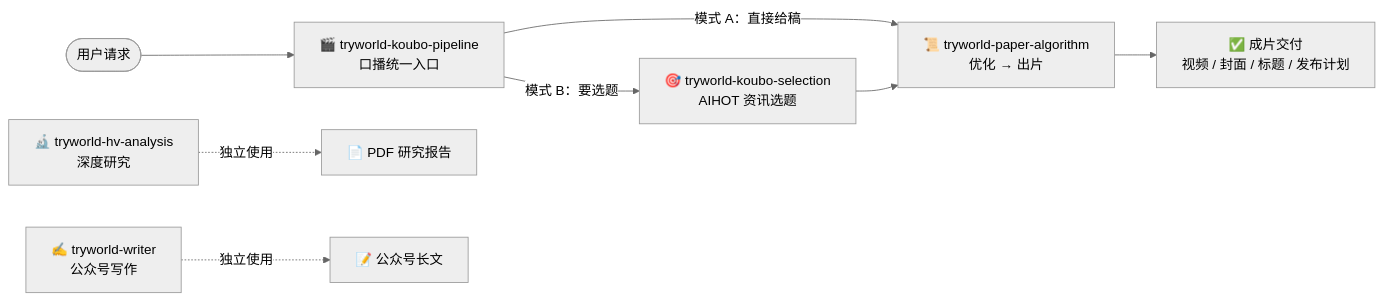
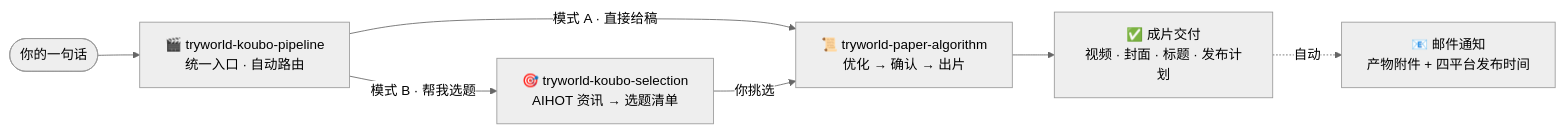
One commit to TryWorld2026/paper-algorithm changed the diagram in README.zh-CN.md. Above: the diagram before and after it, drawn with Mermaid (neutral theme). The commit also changed other lines of this file and 2 other files, not shown here.

````diff
--- a/README.zh-CN.md
+++ b/README.zh-CN.md
@@ -42,10 +37,9 @@
 ```mermaid
 flowchart LR
-    U(["用户请求"]) --> P["🎬 tryworld-koubo-pipeline<br/>口播统一入口"]
-    P -- "模式 A：直接给稿" --> A["📜 tryworld-paper-algorithm<br/>优化 → 出片"]
-    P -- "模式 B：要选题" --> S["🎯 tryworld-koubo-selection<br/>AIHOT 资讯选题"]
-    S --> A
-    A --> O["✅ 成片交付<br/>视频 / 封面 / 标题 / 发布计划"]
-    H["🔬 tryworld-hv-analysis<br/>深度研究"] -. "独立使用" .-> R["📄 PDF 研究报告"]
-    W["✍️ tryworld-writer<br/>公众号写作"] -. "独立使用" .-> C["📝 公众号长文"]
+    U(["你的一句话"]) --> P["🎬 tryworld-koubo-pipeline<br/>统一入口 · 自动路由"]
+    P -- "模式 A · 直接给稿" --> A["📜 tryworld-paper-algorithm<br/>优化 → 确认 → 出片"]
+    P -- "模式 B · 帮我选题" --> S["🎯 tryworld-koubo-selection<br/>AIHOT 资讯 → 选题清单"]
+    S -- "你挑选" --> A
+    A --> O["✅ 成片交付<br/>视频 · 封面 · 标题 · 发布计划"]
+    O -. "自动" .-> M["📧 邮件通知<br/>产物附件 + 四平台发布时间"]
 ```
````
